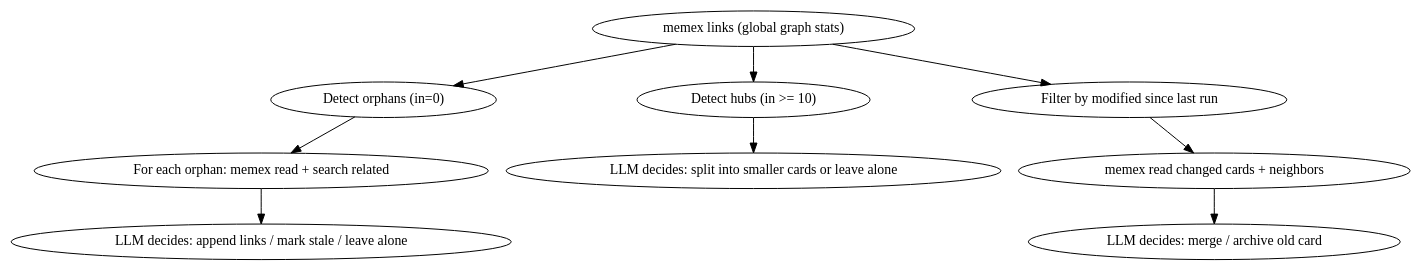
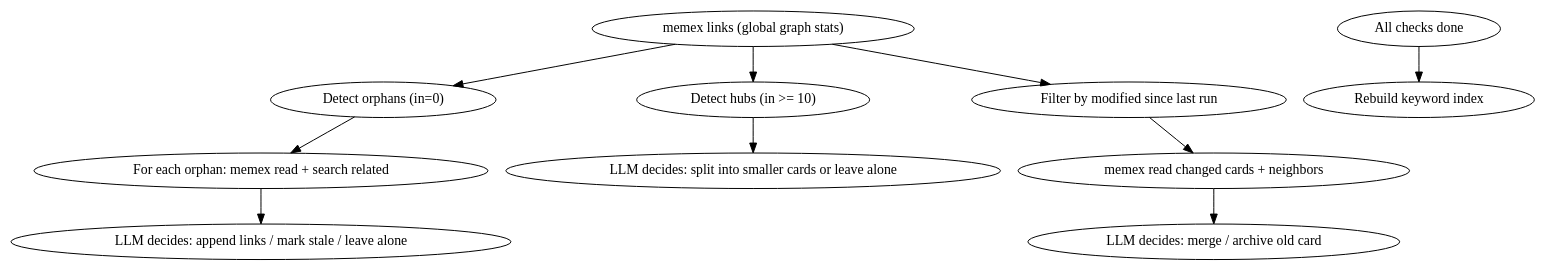
Before and after one commit to iamtouchskyer/memex: the diagram in skills/memex-organize/SKILL.md, drawn with Graphviz. The commit also changed other lines of this file and 3 other files, not shown here.

First line of the commit message:
feat: body-only search, result limit, keyword index system

````diff
--- a/skills/memex-organize/SKILL.md
+++ b/skills/memex-organize/SKILL.md
@@ -21,12 +21,13 @@
 ```dot
 digraph organize {
     "memex links (global graph stats)" -> "Detect orphans (in=0)";
     "Detect orphans (in=0)" -> "For each orphan: memex read + search related";
     "For each orphan: memex read + search related" -> "LLM decides: append links / mark stale / leave alone";
     "memex links (global graph stats)" -> "Detect hubs (in >= 10)";
     "Detect hubs (in >= 10)" -> "LLM decides: split into smaller cards or leave alone";
     "memex links (global graph stats)" -> "Filter by modified since last run";
     "Filter by modified since last run" -> "memex read changed cards + neighbors";
     "memex read changed cards + neighbors" -> "LLM decides: merge / archive old card";
+    "All checks done" -> "Rebuild keyword index";
 }
 ```
````
